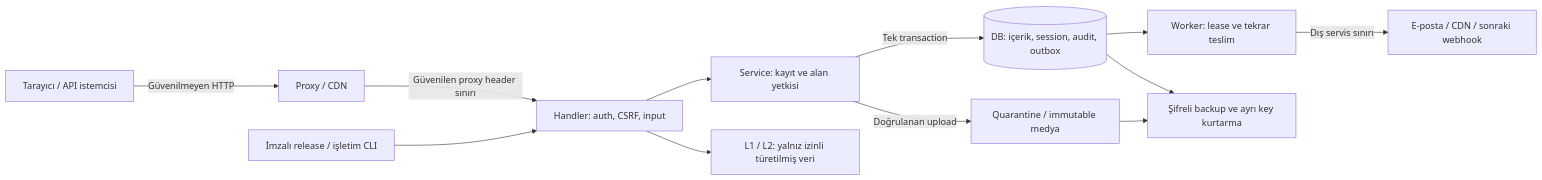
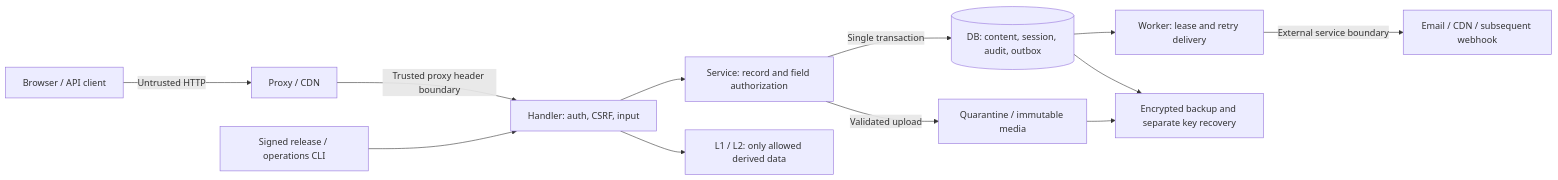
Before and after one commit to hydrohq/hydrogo: the diagram in docs/security/THREAT_MODEL.md, drawn with Mermaid. The commit also changed other lines of this file and 111 other files, not shown here.

````diff
--- a/docs/security/THREAT_MODEL.md
+++ b/docs/security/THREAT_MODEL.md
@@ -15,14 +15,14 @@
 ```mermaid
 flowchart LR
-    B[Tarayıcı / API istemcisi] -->|Güvenilmeyen HTTP| E[Proxy / CDN]
-    E -->|Güvenilen proxy header sınırı| H[Handler: auth, CSRF, input]
-    H --> S[Service: kayıt ve alan yetkisi]
-    S -->|Tek transaction| D[(DB: içerik, session, audit, outbox)]
-    S -->|Doğrulanan upload| M[Quarantine / immutable medya]
-    D --> W[Worker: lease ve tekrar teslim]
-    W -->|Dış servis sınırı| X[E-posta / CDN / sonraki webhook]
-    H --> C[L1 / L2: yalnız izinli türetilmiş veri]
-    R[İmzalı release / işletim CLI] --> H
-    D --> K[Şifreli backup ve ayrı key kurtarma]
+    B[Browser / API client] -->|Untrusted HTTP| E[Proxy / CDN]
+    E -->|Trusted proxy header boundary| H[Handler: auth, CSRF, input]
+    H --> S[Service: record and field authorization]
+    S -->|Single transaction| D[(DB: content, session, audit, outbox)]
+    S -->|Validated upload| M[Quarantine / immutable media]
+    D --> W[Worker: lease and retry delivery]
+    W -->|External service boundary| X[Email / CDN / subsequent webhook]
+    H --> C[L1 / L2: only allowed derived data]
+    R[Signed release / operations CLI] --> H
+    D --> K[Encrypted backup and separate key recovery]
     M --> K
 ```
````
